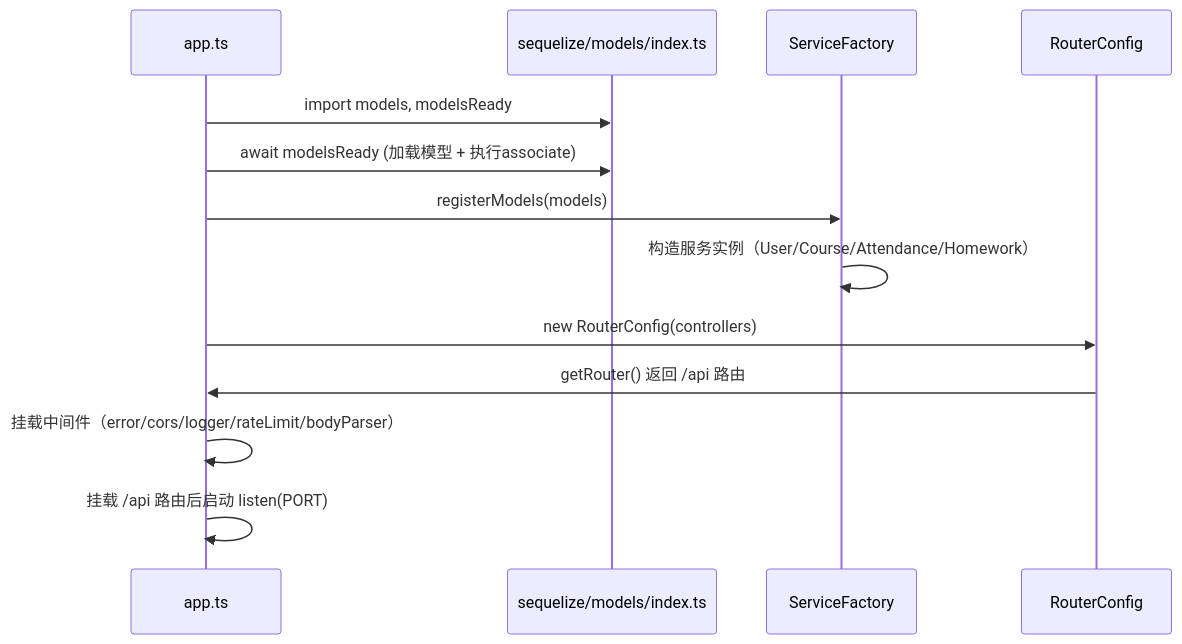
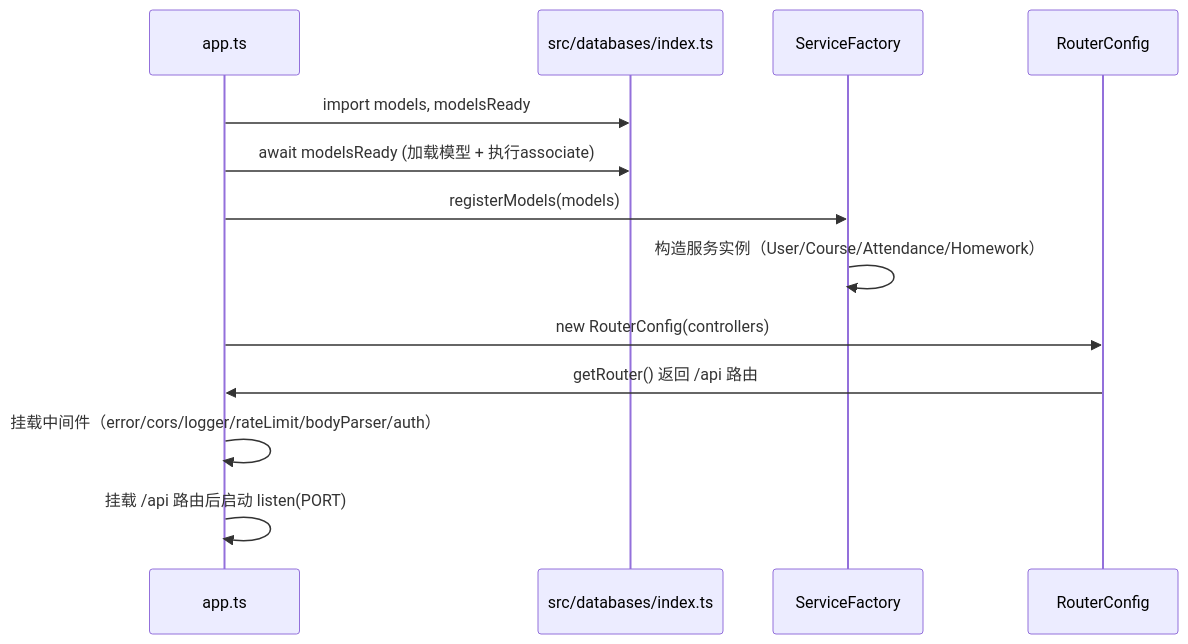
The fifth of 9 diagrams in docs/src/backend/后端设计文档.md (LZStarV/CSISP), drawn with Mermaid before and after one commit. The commit also changed other lines of this file and 41 other files, not shown here.

````diff
--- a/docs/src/backend/后端设计文档.md
+++ b/docs/src/backend/后端设计文档.md
@@ -1967,16 +2050,16 @@
 ```mermaid
 sequenceDiagram
   participant App as app.ts
-  participant Models as sequelize/models/index.ts
+  participant DB as src/databases/index.ts
   participant Factory as ServiceFactory
   participant Router as RouterConfig
 
-  App->>Models: import models, modelsReady
-  App->>Models: await modelsReady (加载模型 + 执行associate)
+  App->>DB: import models, modelsReady
+  App->>DB: await modelsReady (加载模型 + 执行associate)
   App->>Factory: registerModels(models)
   Factory->>Factory: 构造服务实例（User/Course/Attendance/Homework）
   App->>Router: new RouterConfig(controllers)
   Router->>App: getRouter() 返回 /api 路由
-  App->>App: 挂载中间件（error/cors/logger/rateLimit/bodyParser）
+  App->>App: 挂载中间件（error/cors/logger/rateLimit/bodyParser/auth）
   App->>App: 挂载 /api 路由后启动 listen(PORT)
 ```
````
